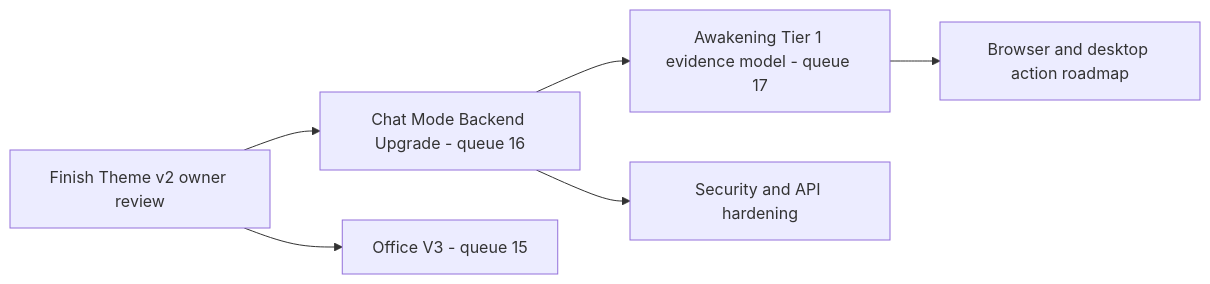
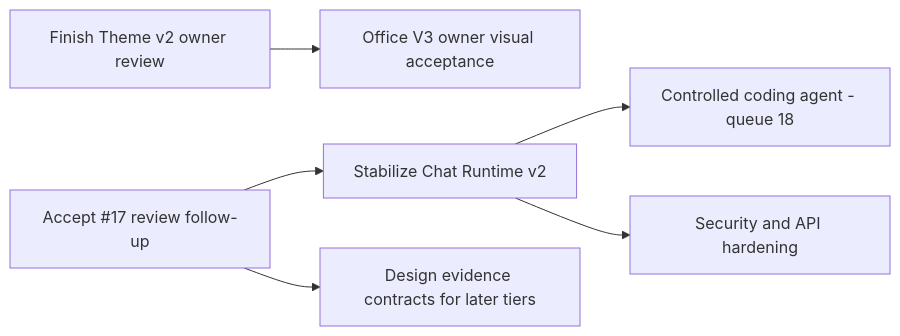
One commit to binhvu284/tobi changed the diagram in docs/03_ROADMAP.md. Above: the diagram before and after it, drawn with Mermaid. The commit also changed other lines of this file and 49 other files, not shown here.

First line of the commit message:
Office V3 (#15) WIP + #17 review-fix conductor hunk + docs pass

````diff
--- a/docs/03_ROADMAP.md
+++ b/docs/03_ROADMAP.md
@@ -13,8 +13,8 @@
 ```mermaid
 flowchart LR
-  A[Finish Theme v2 owner review] --> C[Chat Mode Backend Upgrade - queue 16]
-  C --> D[Awakening Tier 1 evidence model - queue 17]
-  A --> E[Office V3 - queue 15]
-  C --> F[Security and API hardening]
-  D --> G[Browser and desktop action roadmap]
+  A[Finish Theme v2 owner review] --> B[Office V3 owner visual acceptance]
+  C[Accept #17 review follow-up] --> D[Stabilize Chat Runtime v2]
+  D --> E[Controlled coding agent - queue 18]
+  D --> F[Security and API hardening]
+  C --> G[Design evidence contracts for later tiers]
 ```
````
